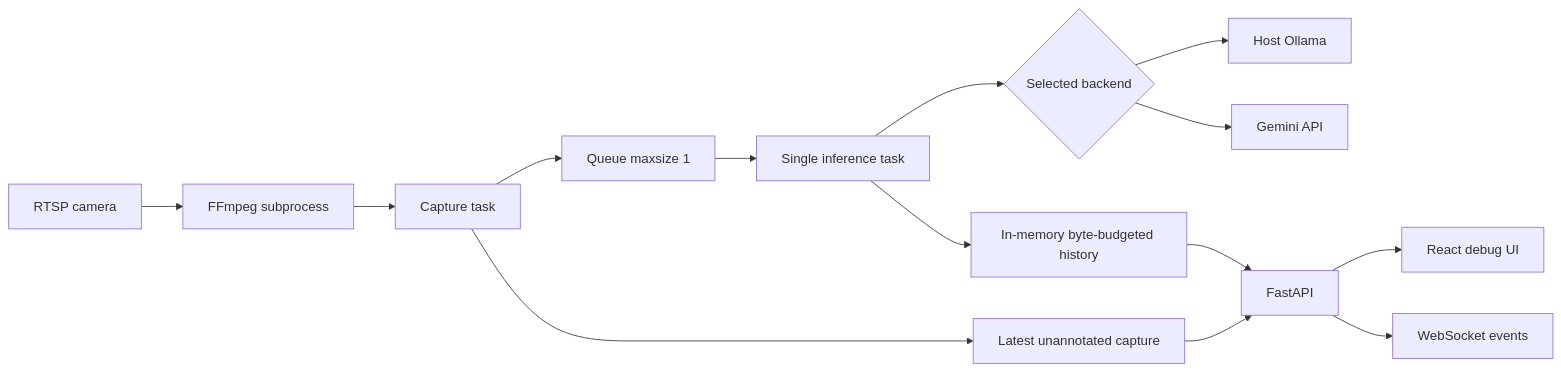
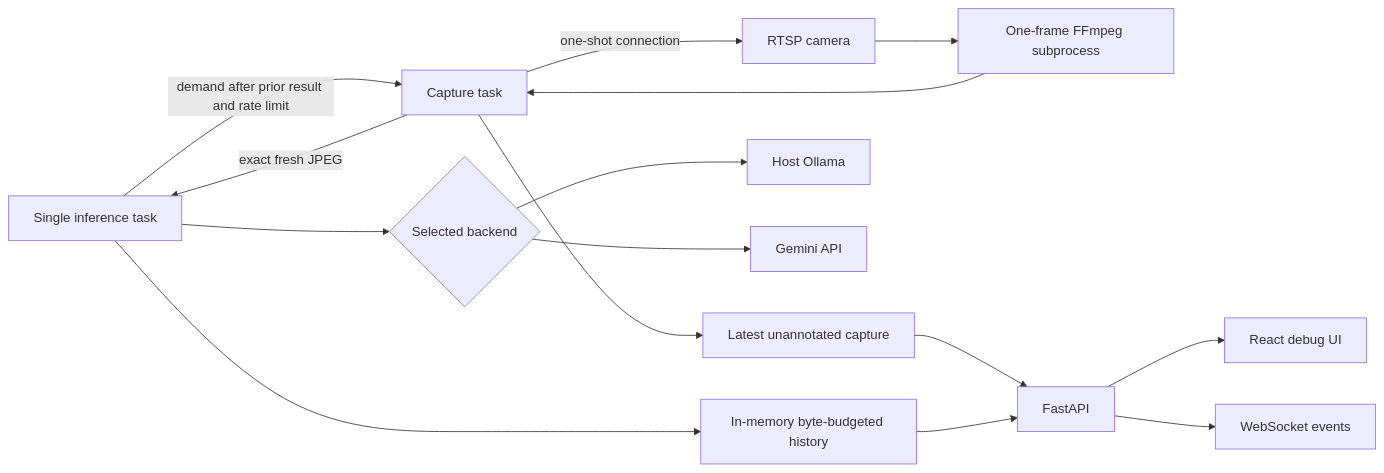
Before and after one commit to Lucky-Couple/BabyMonitorVL: the diagram in docs/ARCHITECTURE.md, drawn with Mermaid. The commit also changed other lines of this file and 19 other files, not shown here.

````diff
--- a/docs/ARCHITECTURE.md
+++ b/docs/ARCHITECTURE.md
@@ -9,16 +9,17 @@
 ```mermaid
 flowchart LR
-    Camera[RTSP camera] --> FFmpeg[FFmpeg subprocess]
-    FFmpeg --> Capture[Capture task]
+    Inference[Single inference task] -->|demand after prior result and rate limit| Capture[Capture task]
+    Capture -->|one-shot connection| Camera[RTSP camera]
+    Camera --> FFmpeg[One-frame FFmpeg subprocess]
+    FFmpeg --> Capture
     Capture --> Live[Latest unannotated capture]
-    Capture --> Queue[Queue maxsize 1]
-    Queue --> Inference[Single inference task]
+    Capture -->|exact fresh JPEG| Inference
     Inference --> Provider{Selected backend}
     Provider --> Ollama[Host Ollama]
     Provider --> Gemini[Gemini API]
     Inference --> History[In-memory byte-budgeted history]
     Live --> API[FastAPI]
     History --> API
     API --> UI[React debug UI]
     API --> WS[WebSocket events]
 ```
````
